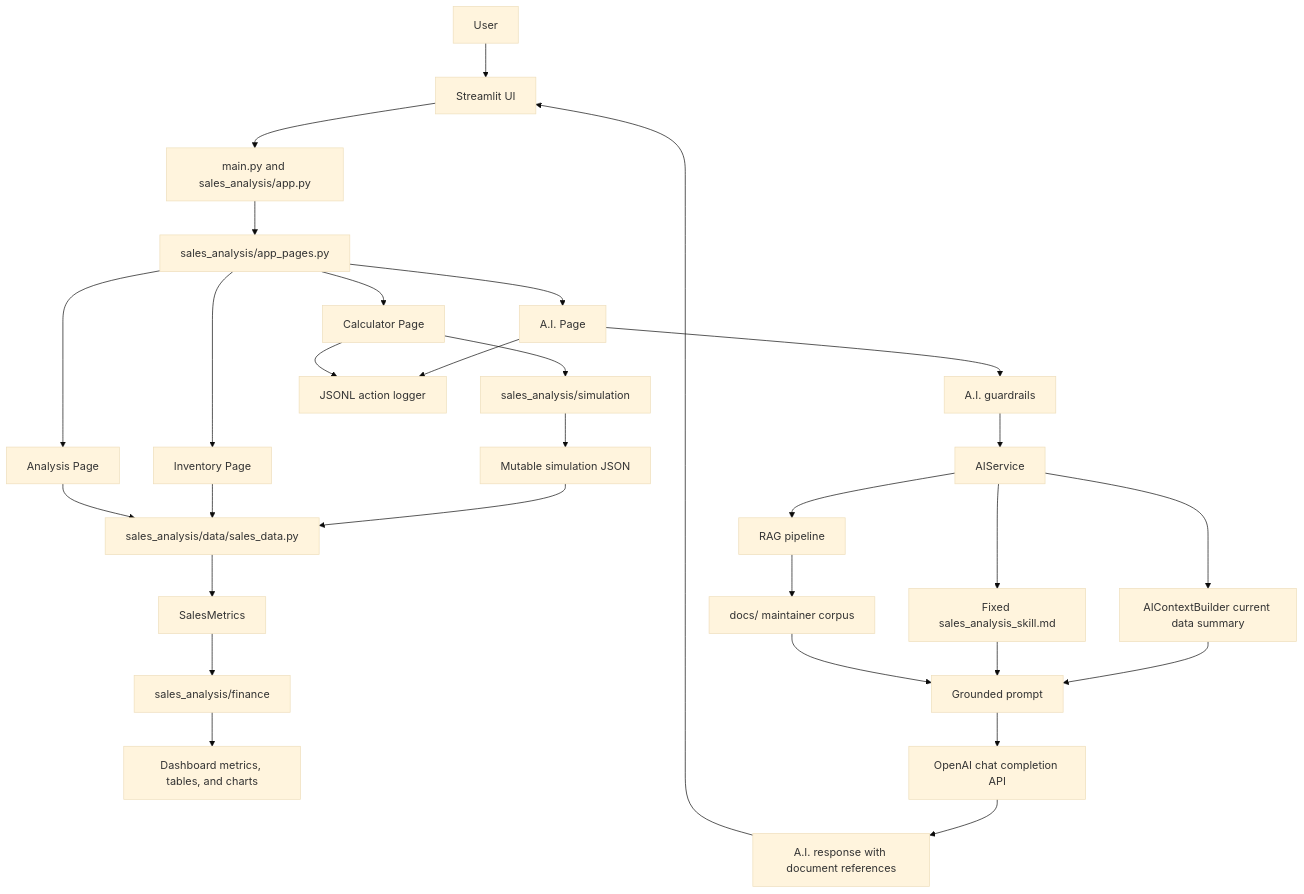
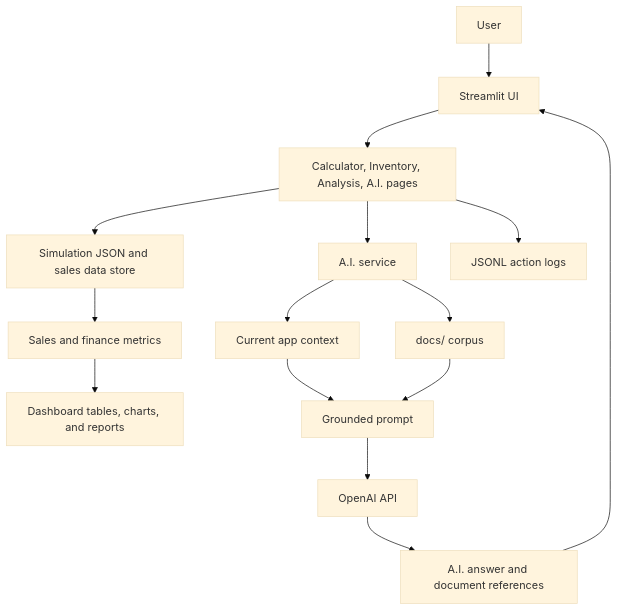
The diagram in README.md (RuskiDam/Sales-Analysis), drawn with Mermaid (base theme) before and after one commit.

Commit message:
docs: simplify architecture diagram

````diff
--- a/README.md
+++ b/README.md
@@ -133,37 +133,20 @@
 ```mermaid
 flowchart TD
     User[User] --> UI[Streamlit UI]
-    UI --> App[main.py and sales_analysis/app.py]
-    App --> Pages[sales_analysis/app_pages.py]
+    UI --> Pages[Calculator, Inventory, Analysis, A.I. pages]
 
-    Pages --> Calculator[Calculator Page]
-    Pages --> Inventory[Inventory Page]
-    Pages --> Analysis[Analysis Page]
-    Pages --> AI[A.I. Page]
+    Pages --> Data[Simulation JSON and sales data store]
+    Data --> Metrics[Sales and finance metrics]
+    Metrics --> Dashboard[Dashboard tables, charts, and reports]
 
-    Calculator --> Simulation[sales_analysis/simulation]
-    Simulation --> SimFiles[Mutable simulation JSON]
-    SimFiles --> DataStore[sales_analysis/data/sales_data.py]
+    Pages --> AI[A.I. service]
+    AI --> Context[Current app context]
+    AI --> Corpus[docs/ corpus]
+    Context --> Prompt[Grounded prompt]
+    Corpus --> Prompt
+    Prompt --> OpenAI[OpenAI API]
+    OpenAI --> Response[A.I. answer and document references]
+    Response --> UI
 
-    Inventory --> DataStore
-    Analysis --> DataStore
-    DataStore --> Metrics[SalesMetrics]
-    Metrics --> Finance[sales_analysis/finance]
-    Finance --> PageOutput[Dashboard metrics, tables, and charts]
-
-    AI --> Guardrails[A.I. guardrails]
-    Guardrails --> AIService[AIService]
-    AIService --> Skill[Fixed sales_analysis_skill.md]
-    AIService --> RuntimeContext[AIContextBuilder current data summary]
-    AIService --> RAG[RAG pipeline]
-    RAG --> Corpus[docs/ maintainer corpus]
-    RuntimeContext --> Prompt[Grounded prompt]
-    Skill --> Prompt
-    Corpus --> Prompt
-    Prompt --> OpenAI[OpenAI chat completion API]
-    OpenAI --> AIResponse[A.I. response with document references]
-    AIResponse --> UI
-
-    AI --> Logger[JSONL action logger]
-    Calculator --> Logger
+    Pages --> Logs[JSONL action logs]
 ```
````
